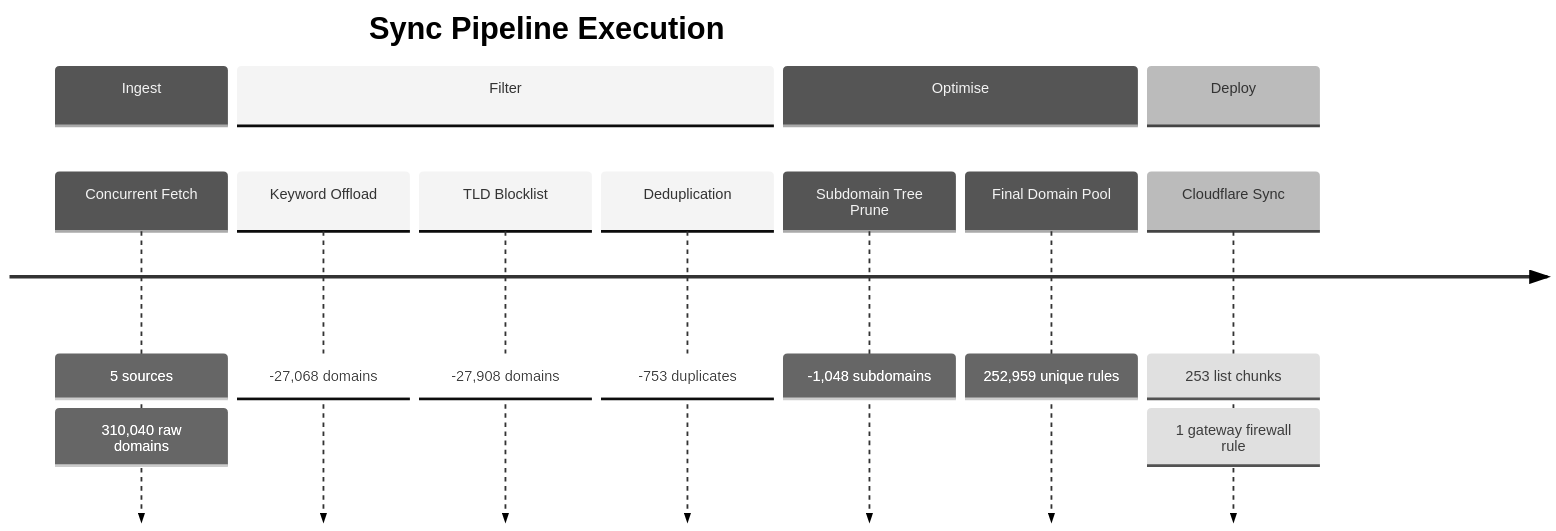
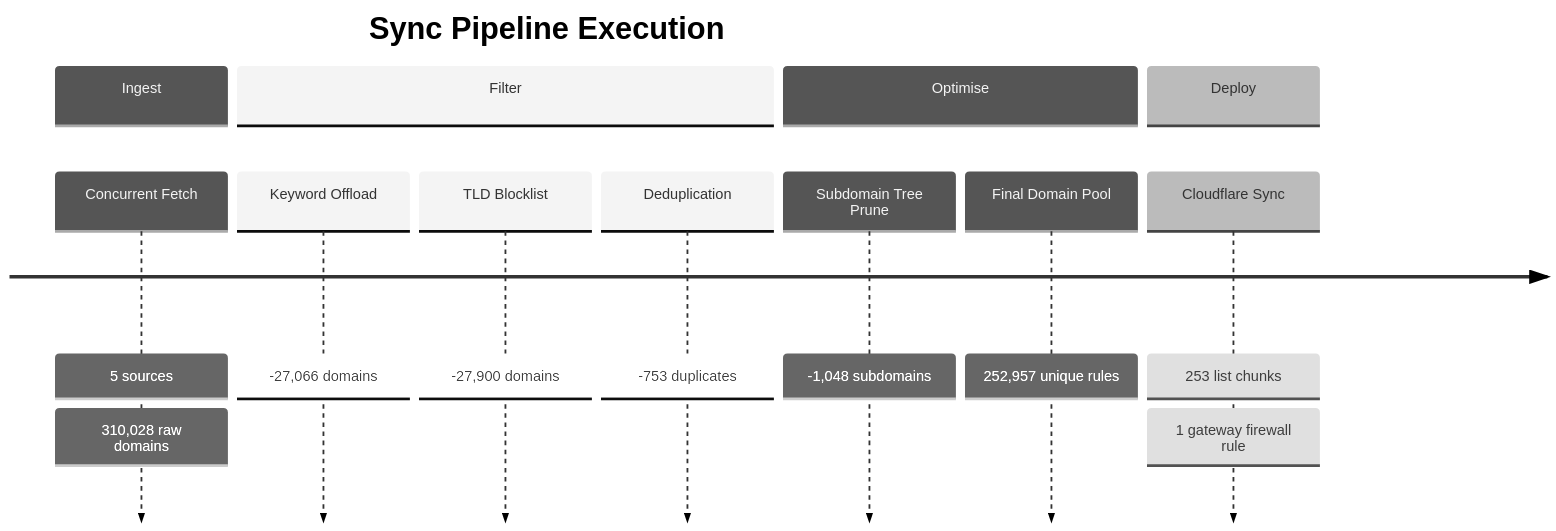
Before and after one commit to brojangles24/Cloudflare-ZeroTrust-AdBlock: the second of 6 diagrams in README_STATS.md, drawn with Mermaid (neutral theme). The commit also changed other lines of this file and 1 other file, not shown here.

````diff
--- a/README_STATS.md
+++ b/README_STATS.md
@@ -54,17 +54,17 @@
 ```mermaid
 timeline
     title Sync Pipeline Execution
     section Ingest
         Concurrent Fetch   : 5 sources
-                           : 310,040 raw domains
+                           : 310,028 raw domains
     section Filter
-        Keyword Offload    : -27,068 domains
-        TLD Blocklist      : -27,908 domains
+        Keyword Offload    : -27,066 domains
+        TLD Blocklist      : -27,900 domains
         Deduplication      : -753 duplicates
     section Optimise
         Subdomain Tree Prune : -1,048 subdomains
-        Final Domain Pool    : 252,959 unique rules
+        Final Domain Pool    : 252,957 unique rules
     section Deploy
         Cloudflare Sync    : 253 list chunks
                            : 1 gateway firewall rule
 ```
````
